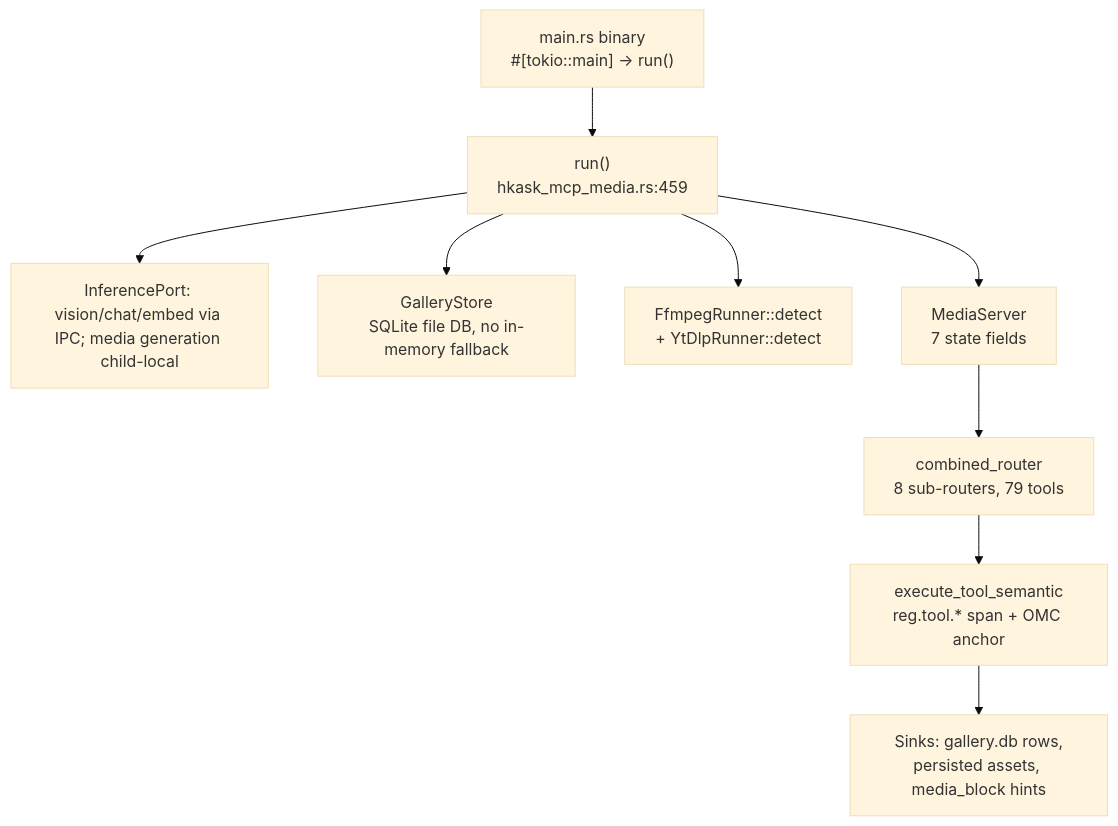
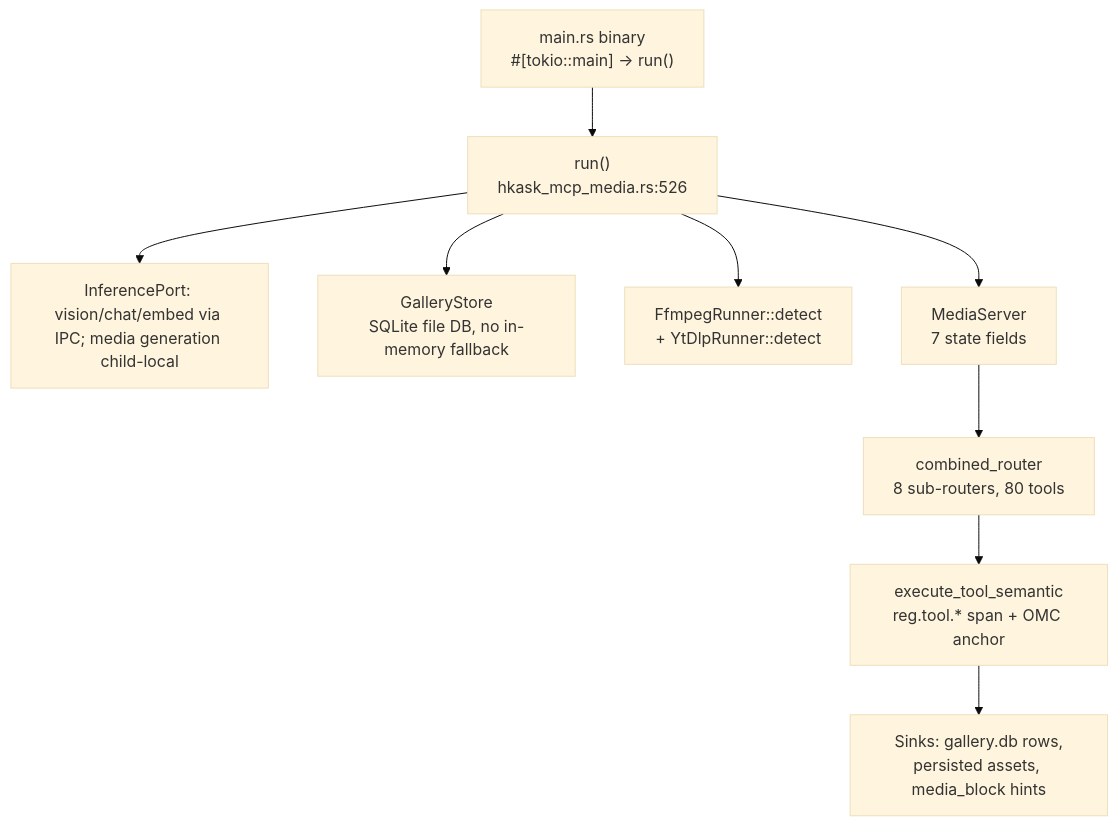
The diagram in kask/docs/reference/mcp-servers/media.md (mdz-axo/zed-kask), drawn with Mermaid (base theme) before and after one commit. The commit also changed other lines of this file and 22 other files, not shown here.

````diff
--- a/kask/docs/reference/mcp-servers/media.md
+++ b/kask/docs/reference/mcp-servers/media.md
@@ -24,21 +24,21 @@
 ```mermaid
 flowchart TD
     binary["main.rs binary<br/>#[tokio::main] → run()"]
-    run["run()<br/>hkask_mcp_media.rs:459"]
+    run["run()<br/>hkask_mcp_media.rs:526"]
     port["InferencePort: vision/chat/embed via IPC; media generation child-local"]
     db["GalleryStore<br/>SQLite file DB, no in-memory fallback"]
     ffmpeg["FfmpegRunner::detect<br/>+ YtDlpRunner::detect"]
     server["MediaServer<br/>7 state fields"]
-    router["combined_router<br/>8 sub-routers, 79 tools"]
+    router["combined_router<br/>8 sub-routers, 80 tools"]
     semantic["execute_tool_semantic<br/>reg.tool.* span + OMC anchor"]
     sinks["Sinks: gallery.db rows,<br/>persisted assets, media_block hints"]
 
     binary --> run
     run --> port
     run --> db
     run --> ffmpeg
     run --> server
     server --> router
     router --> semantic
     semantic --> sinks
 ```
````
